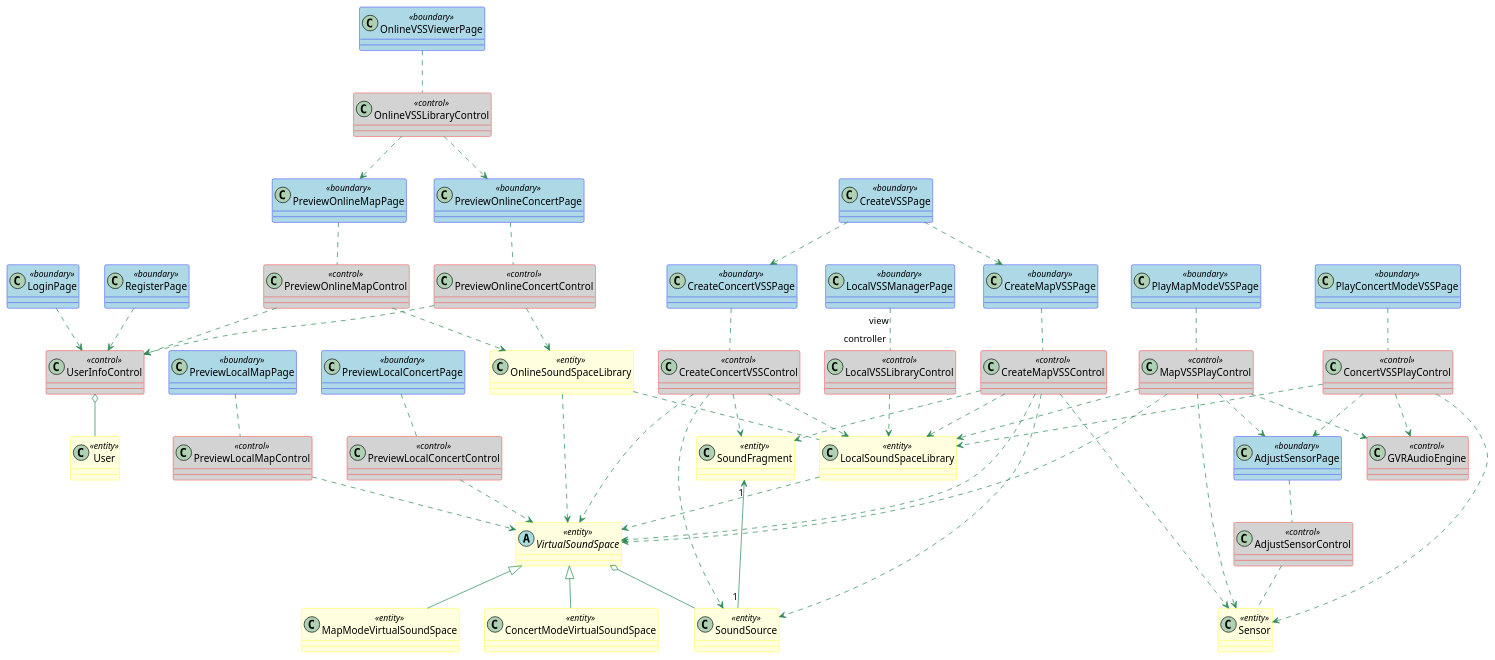
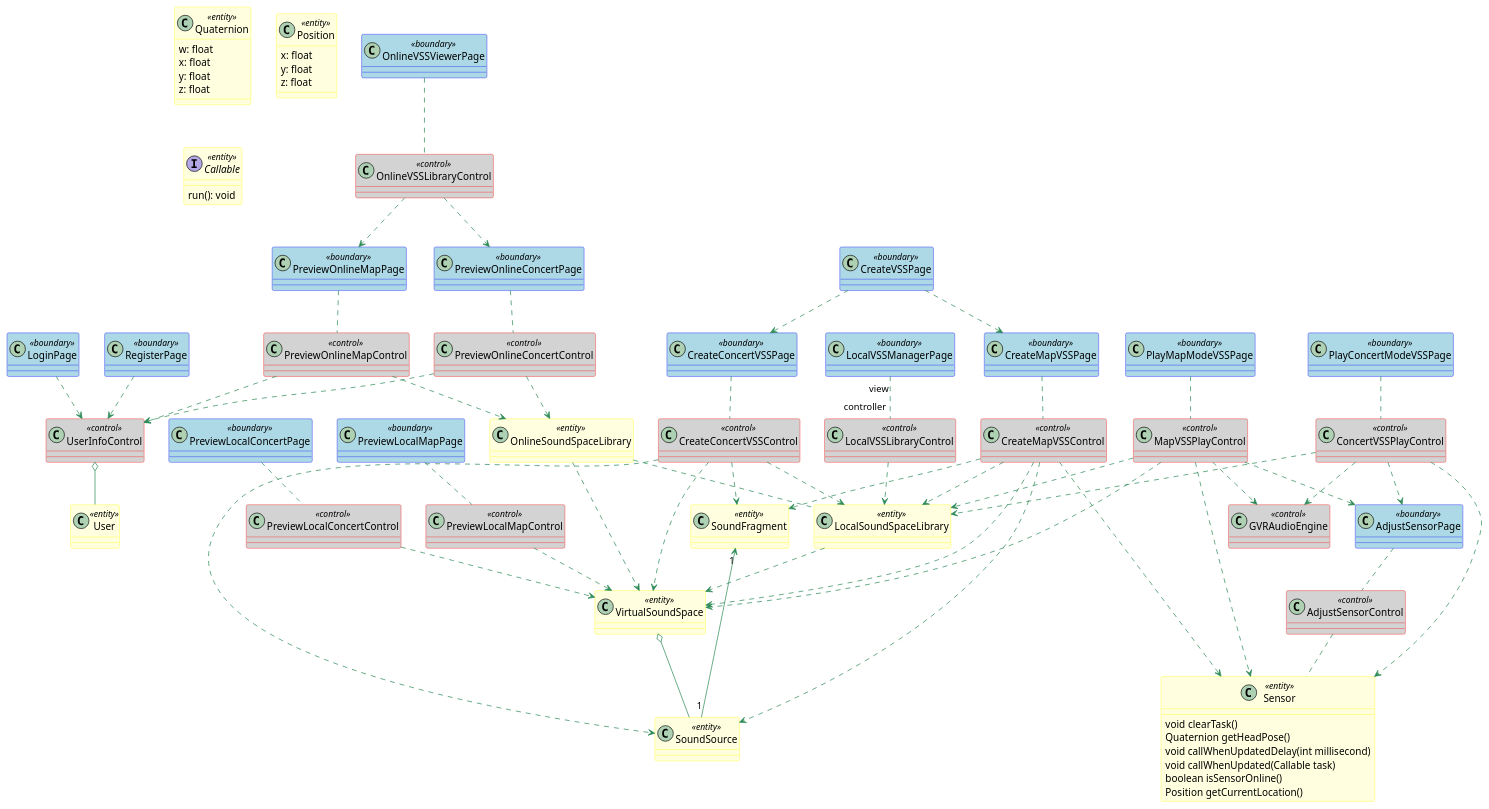
Before and after one commit to kpp19920121/doc: the diagram in 设计/对象模型.md, drawn with PlantUML. The commit also changed 5 other files, not shown here.

```diff
--- a/设计/对象模型.md
+++ b/设计/对象模型.md
@@ -107,15 +107,14 @@
 
 }
 class Sensor <<entity>> {
-
+	void clearTask()
+	Quaternion getHeadPose()
+	void callWhenUpdatedDelay(int millisecond)
+	void callWhenUpdated(Callable task)
+	boolean isSensorOnline()
+	Position getCurrentLocation()
 }
-class MapModeVirtualSoundSpace <<entity>> {
-
-}
-class ConcertModeVirtualSoundSpace <<entity>> {
-
-}
-abstract VirtualSoundSpace <<entity>> {
+class VirtualSoundSpace <<entity>> {
 
 }
 class SoundSource <<entity>> {
@@ -183,14 +182,30 @@
 }
 
 
+class Quaternion <<entity>> {
+	w: float
+	x: float
+	y: float
+	z: float
+}
+
+class Position <<entity>> {
+	x: float
+	y: float
+	z: float
+}
+
+interface Callable <<entity>> {
+	run(): void
+}
+
+
 UserInfoControl o-- User
 LocalVSSManagerPage "view" .. "controller" LocalVSSLibraryControl
 LocalVSSLibraryControl ..> LocalSoundSpaceLibrary
 CreateMapVSSPage .. CreateMapVSSControl
 CreateMapVSSControl ..> LocalSoundSpaceLibrary
 LocalSoundSpaceLibrary ..> VirtualSoundSpace
-VirtualSoundSpace <|-- ConcertModeVirtualSoundSpace
-VirtualSoundSpace <|-- MapModeVirtualSoundSpace
 LoginPage ..> UserInfoControl
 RegisterPage ..> UserInfoControl
 CreateMapVSSControl ..> Sensor
```
